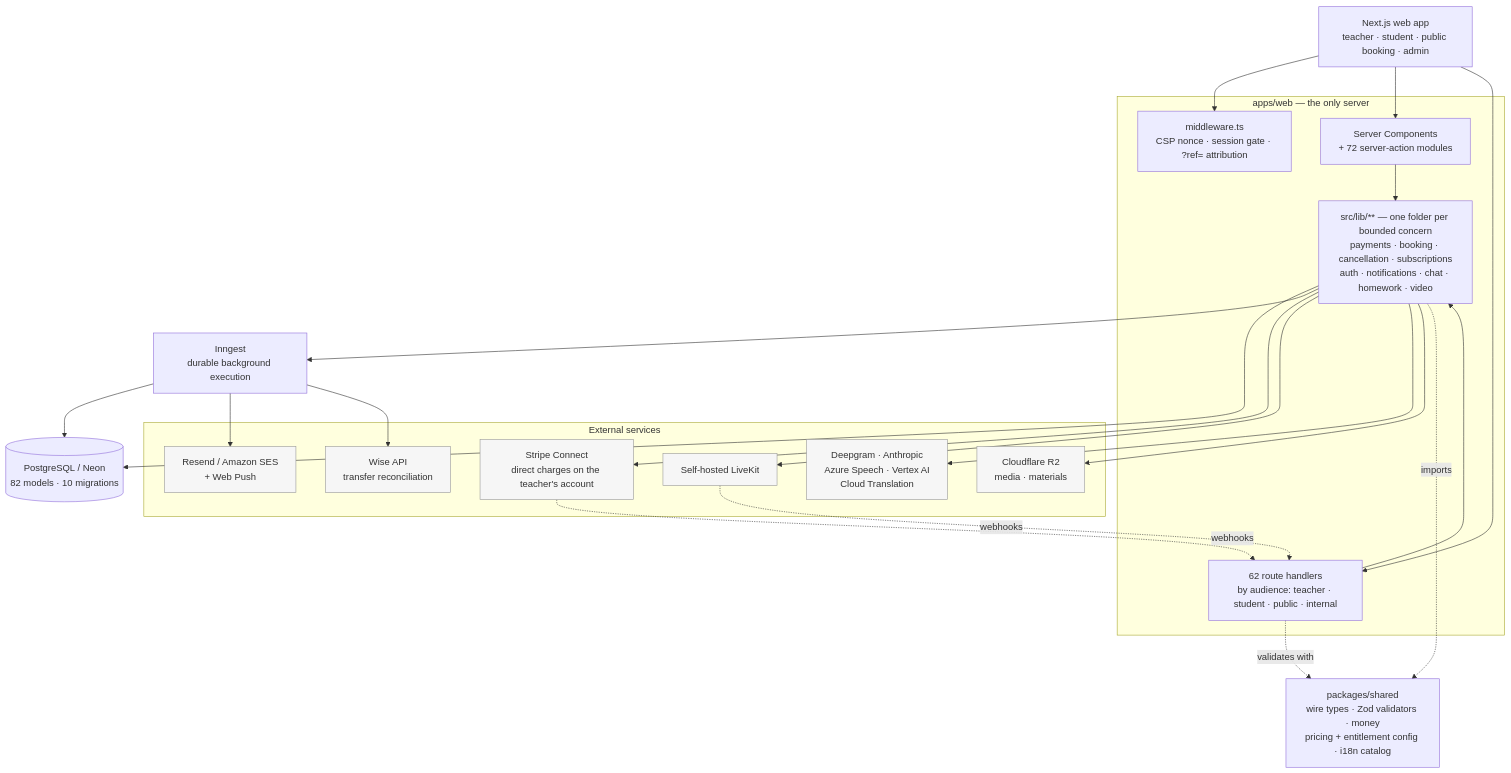
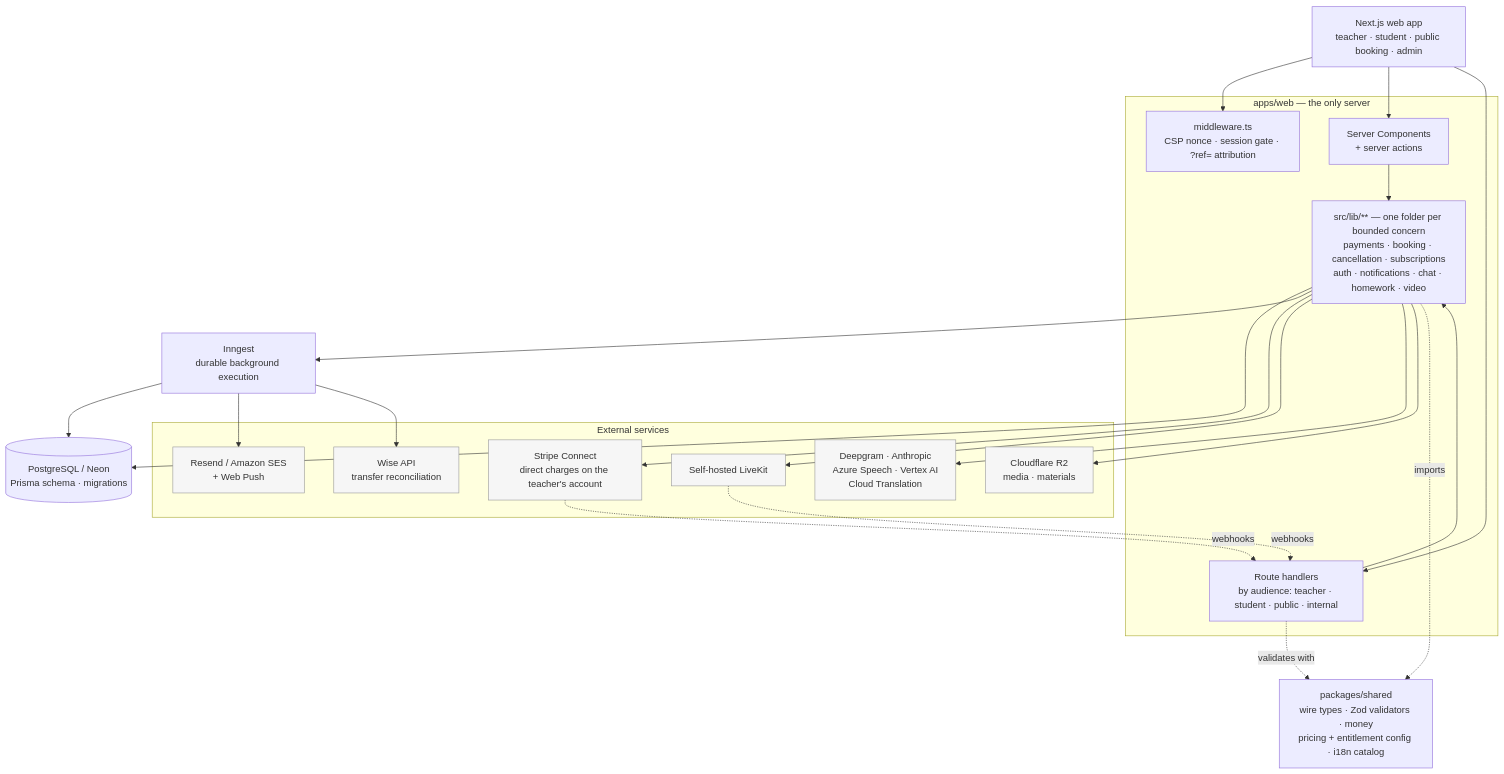
Before and after one commit to jaystewartuk/spiralclass: the first of 2 diagrams in README.md, drawn with Mermaid. The commit also changed other lines of this file and 12 other files, not shown here.

Commit message:
The public demo still opened teacher settings and shared fictional booking links.

````diff
--- a/README.md
+++ b/README.md
@@ -94,47 +94,47 @@
 ```mermaid
 graph TB
     WEB["Next.js web app<br/>teacher · student · public booking · admin"]
 
     subgraph app["apps/web — the only server"]
-        RSC["Server Components<br/>+ 72 server-action modules"]
-        API["62 route handlers<br/>by audience: teacher · student · public · internal"]
+        RSC["Server Components<br/>+ server actions"]
+        API["Route handlers<br/>by audience: teacher · student · public · internal"]
         MW["middleware.ts<br/>CSP nonce · session gate · ?ref= attribution"]
         LIB["src/lib/** — one folder per bounded concern<br/>payments · booking · cancellation · subscriptions<br/>auth · notifications · chat · homework · video"]
     end
 
     SH["packages/shared<br/>wire types · Zod validators · money<br/>pricing + entitlement config · i18n catalog"]
 
-    DB[("PostgreSQL / Neon<br/>82 models · 10 migrations")]
+    DB[("PostgreSQL / Neon<br/>Prisma schema · migrations")]
     JOBS["Inngest<br/>durable background execution"]
 
     subgraph external["External services"]
         STRIPE["Stripe Connect<br/>direct charges on the teacher's account"]
         WISE["Wise API<br/>transfer reconciliation"]
         LK["Self-hosted LiveKit"]
         R2["Cloudflare R2<br/>media · materials"]
         AI["Deepgram · Anthropic<br/>Azure Speech · Vertex AI<br/>Cloud Translation"]
         MAIL["Resend / Amazon SES<br/>+ Web Push"]
     end
 
     WEB --> MW
     WEB --> RSC
     WEB --> API
     RSC --> LIB
     API --> LIB
     LIB --> DB
     LIB --> JOBS
     JOBS --> DB
     JOBS --> MAIL
     LIB --> STRIPE
     JOBS --> WISE
     LIB --> LK
     LIB --> AI
     LIB --> R2
     LIB -.imports.-> SH
     API -.validates with.-> SH
     STRIPE -.webhooks.-> API
     LK -.webhooks.-> API
 
     classDef ext fill:#f6f6f6,stroke:#999,color:#333
     class STRIPE,WISE,LK,R2,AI,MAIL ext
 ```
````
